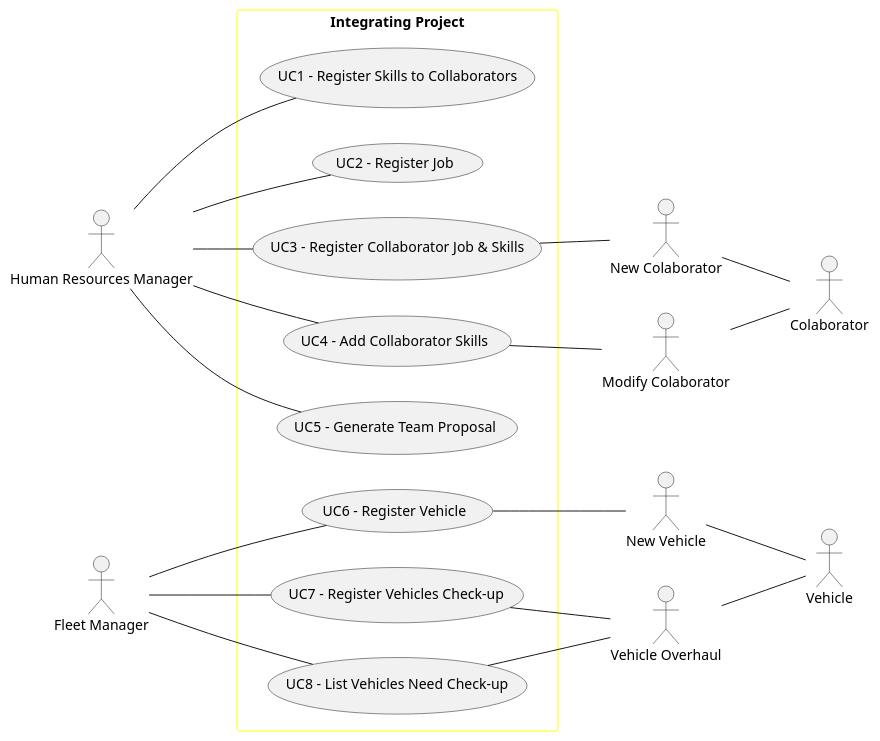
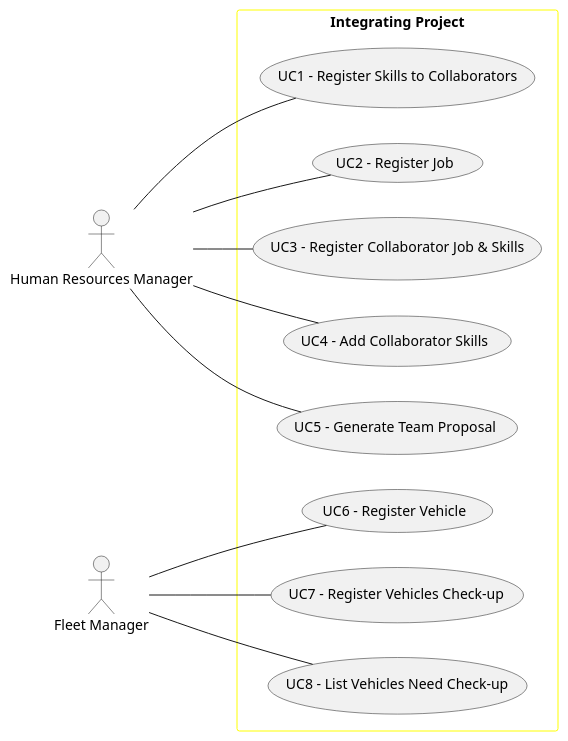
One commit to 1231360-ISEP/lei-24-s2-1db-g021 changed the diagram in docs/sprintA/global-artifacts/01.requirements-engineering/puml/use-case-diagram.puml. Above: the diagram before and after it, drawn with PlantUML.

Commit message:
Update the Use Case Diagram.

```diff
--- a/docs/sprintA/global-artifacts/01.requirements-engineering/puml/use-case-diagram.puml
+++ b/docs/sprintA/global-artifacts/01.requirements-engineering/puml/use-case-diagram.puml
@@ -1,51 +1,35 @@
 @startuml
 'skinparam monochrome true
 skinparam packageStyle rectangle
 'skinparam shadowing false
 
 skinparam rectangle{
     BorderColor yellow
 }
 
 'title Use Case Diagram Example
 actor "Human Resources Manager" as HRM
 actor  "Fleet Manager" as FM
 left to right direction
 
 rectangle "Integrating Project" as actors {
         usecase "UC1 - Register Skills to Collaborators" as UC1
         HRM -- UC1
         usecase "UC2 - Register Job" as UC2
         HRM -- UC2
         usecase "UC3 - Register Collaborator Job & Skills" as UC3
         HRM -- UC3
         usecase "UC4 - Add Collaborator Skills" as UC4
         HRM -- UC4
         usecase "UC5 - Generate Team Proposal" as UC5
         HRM -- UC5
         usecase "UC6 - Register Vehicle" as UC6
         FM -- UC6
         usecase "UC7 - Register Vehicles Check-up" as UC7
         FM -- UC7
         usecase "UC8 - List Vehicles Need Check-up" as UC8
         FM -- UC8
 }
 
-left to right direction
-actor "New Colaborator" as New_Colaborator
-UC3 -- New_Colaborator
-actor "Modify Colaborator" as Modify_Colaborator
-UC4 -- Modify_Colaborator
-actor Colaborator
-New_Colaborator -- Colaborator
-Modify_Colaborator -- Colaborator
-actor "New Vehicle" as New_Vehicle
-UC6 -- New_Vehicle
-actor "Vehicle Overhaul" as Vehicle_Overhaul
-UC7 -- Vehicle_Overhaul
-UC8 -- Vehicle_Overhaul
-actor Vehicle
-New_Vehicle -- Vehicle
-Vehicle_Overhaul -- Vehicle
 
 @enduml
```
